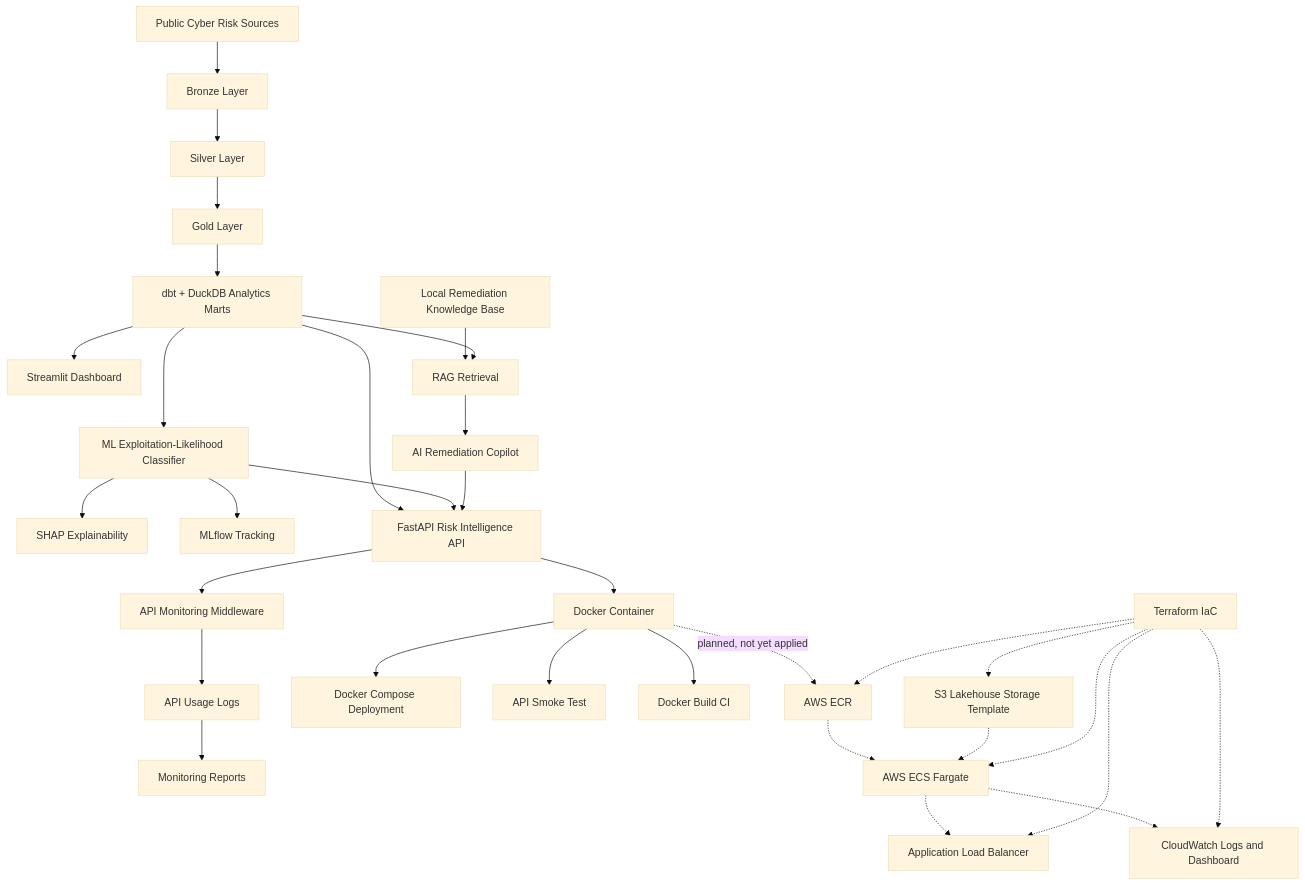
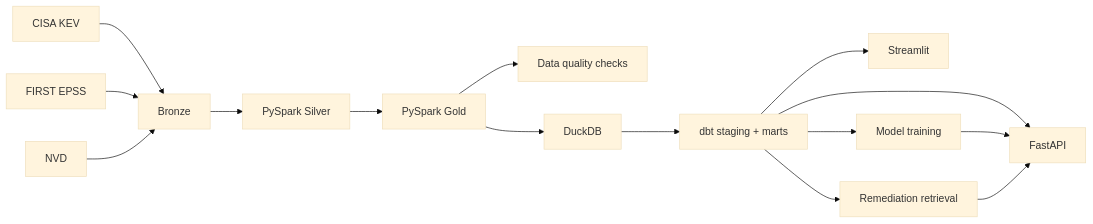
One commit to momo840505/cyber-risk-intelligence-lakehouse changed the diagram in README.md. Above: the diagram before and after it, drawn with Mermaid (base theme). The commit also changed other lines of this file and 57 other files, not shown here.

Commit message:
Harden cyber risk platform evaluation and deployment

````diff
--- a/README.md
+++ b/README.md
@@ -52,40 +14,17 @@
 ```mermaid
-flowchart TD
-    A[Public Cyber Risk Sources] --> B[Bronze Layer]
-    B --> C[Silver Layer]
-    C --> D[Gold Layer]
-
-    D --> E[dbt + DuckDB Analytics Marts]
-    E --> F[Streamlit Dashboard]
-    E --> G[ML Exploitation-Likelihood Classifier]
-    G --> H[SHAP Explainability]
-    G --> I[MLflow Tracking]
-
-    E --> J[FastAPI Risk Intelligence API]
-    G --> J
-
-    K[Local Remediation Knowledge Base] --> L[RAG Retrieval]
-    E --> L
-    L --> M[AI Remediation Copilot]
+flowchart LR
+    A[CISA KEV] --> D[Bronze]
+    B[FIRST EPSS] --> D
+    C[NVD] --> D
+    D --> E[PySpark Silver]
+    E --> F[PySpark Gold]
+    F --> G[Data quality checks]
+    F --> H[DuckDB]
+    H --> I[dbt staging + marts]
+    I --> J[FastAPI]
+    I --> K[Streamlit]
+    I --> L[Model training]
+    I --> M[Remediation retrieval]
+    L --> J
     M --> J
-
-    J --> N[API Monitoring Middleware]
-    N --> O[API Usage Logs]
-    O --> P[Monitoring Reports]
-
-    J --> Q[Docker Container]
-    Q --> R[Docker Compose Deployment]
-    Q --> S[API Smoke Test]
-    Q --> T[Docker Build CI]
-
-    Q -.->|planned, not yet applied| U[AWS ECR]
-    U -.-> V[AWS ECS Fargate]
-    V -.-> W[Application Load Balancer]
-    V -.-> X[CloudWatch Logs and Dashboard]
-    Y[S3 Lakehouse Storage Template] -.-> V
-    Z[Terraform IaC] -.-> U
-    Z -.-> V
-    Z -.-> W
-    Z -.-> X
-    Z -.-> Y
 ```
````
